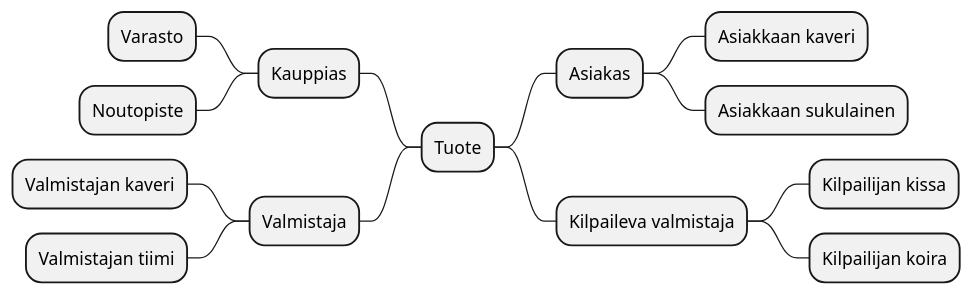
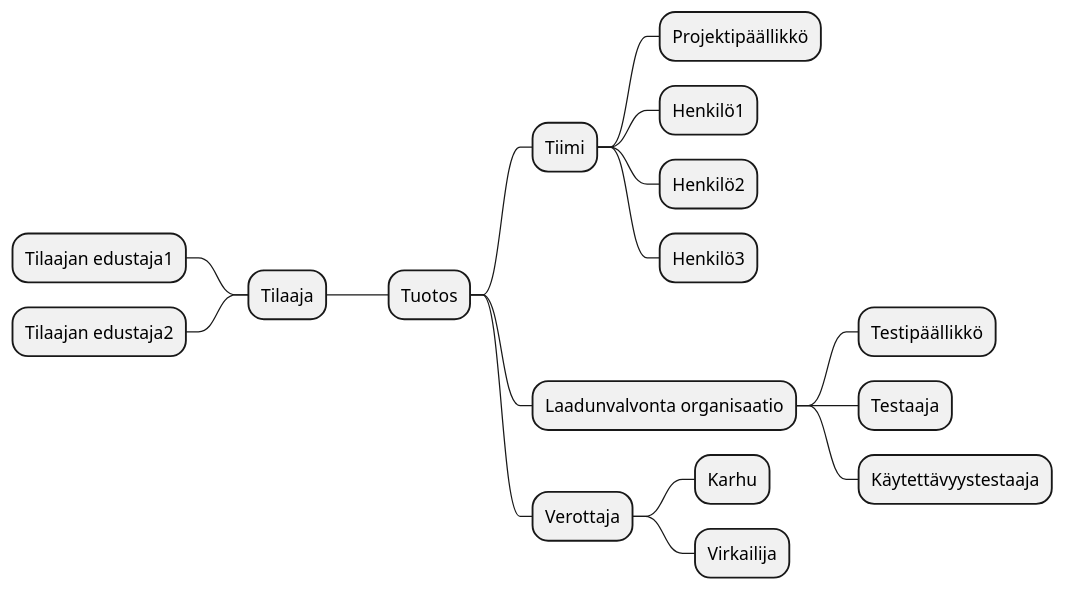
The first of 2 diagrams in dokumentit/10-Projektihallinta/projektisuunnitelma.md (ninaleo/ransut-core), drawn with PlantUML before and after one commit. The commit also changed other lines of this file, not shown here.

````diff
--- a/dokumentit/10-Projektihallinta/projektisuunnitelma.md
+++ b/dokumentit/10-Projektihallinta/projektisuunnitelma.md
@@ -85,18 +89,21 @@
 ```plantuml
 @startmindmap
-+ Tuote
-++ Asiakas
-+++ Asiakkaan kaveri
-+++ Asiakkaan sukulainen
-++ Kilpaileva valmistaja
-+++ Kilpailijan kissa
-+++ Kilpailijan koira
--- Kauppias
---- Varasto
---- Noutopiste
--- Valmistaja
---- Valmistajan kaveri
---- Valmistajan tiimi
++ Tuotos
+++ Tiimi
++++ Projektipäällikkö
++++ Henkilö1
++++ Henkilö2
++++ Henkilö3
+-- Tilaaja
+--- Tilaajan edustaja1
+--- Tilaajan edustaja2
+++ Laadunvalvonta organisaatio
++++ Testipäällikkö
++++ Testaaja
++++ Käytettävyystestaaja
+++ Verottaja
++++ Karhu
++++ Virkailija
 
 @endmindmap
 ```
````
